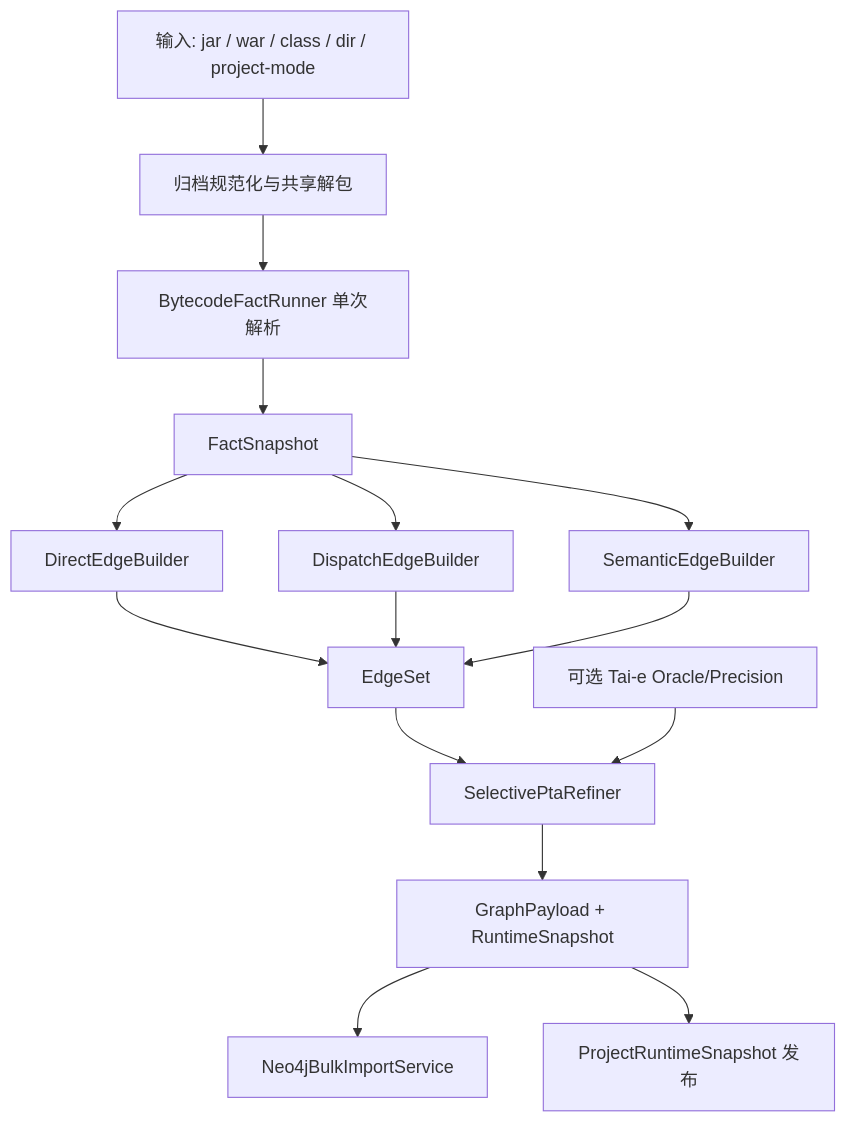
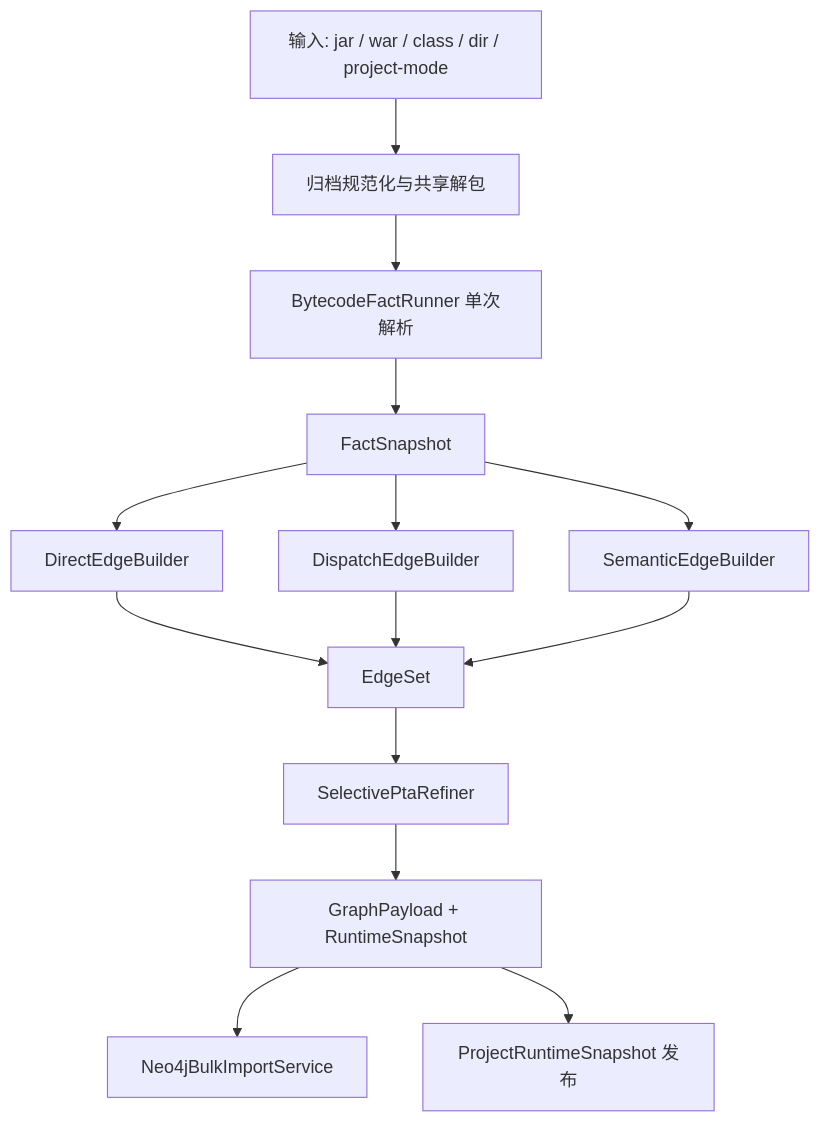
Before and after one commit to PurpleNewNew/jar-analyzer: the diagram in doc/README-no-taie.md, drawn with Mermaid. The commit also changed other lines of this file and 31 other files, not shown here.

````diff
--- a/doc/README-no-taie.md
+++ b/doc/README-no-taie.md
@@ -202,17 +201,16 @@
 ```mermaid
 flowchart TD
     A["输入: jar / war / class / dir / project-mode"] --> B["归档规范化与共享解包"]
     B --> C["BytecodeFactRunner 单次解析"]
     C --> D["FactSnapshot"]
     D --> E["DirectEdgeBuilder"]
     D --> F["DispatchEdgeBuilder"]
     D --> G["SemanticEdgeBuilder"]
     E --> H["EdgeSet"]
     F --> H
     G --> H
     H --> I["SelectivePtaRefiner"]
     I --> J["GraphPayload + RuntimeSnapshot"]
     J --> K["Neo4jBulkImportService"]
     J --> L["ProjectRuntimeSnapshot 发布"]
-    M["可选 Tai-e Oracle/Precision"] --> I
 ```
````
